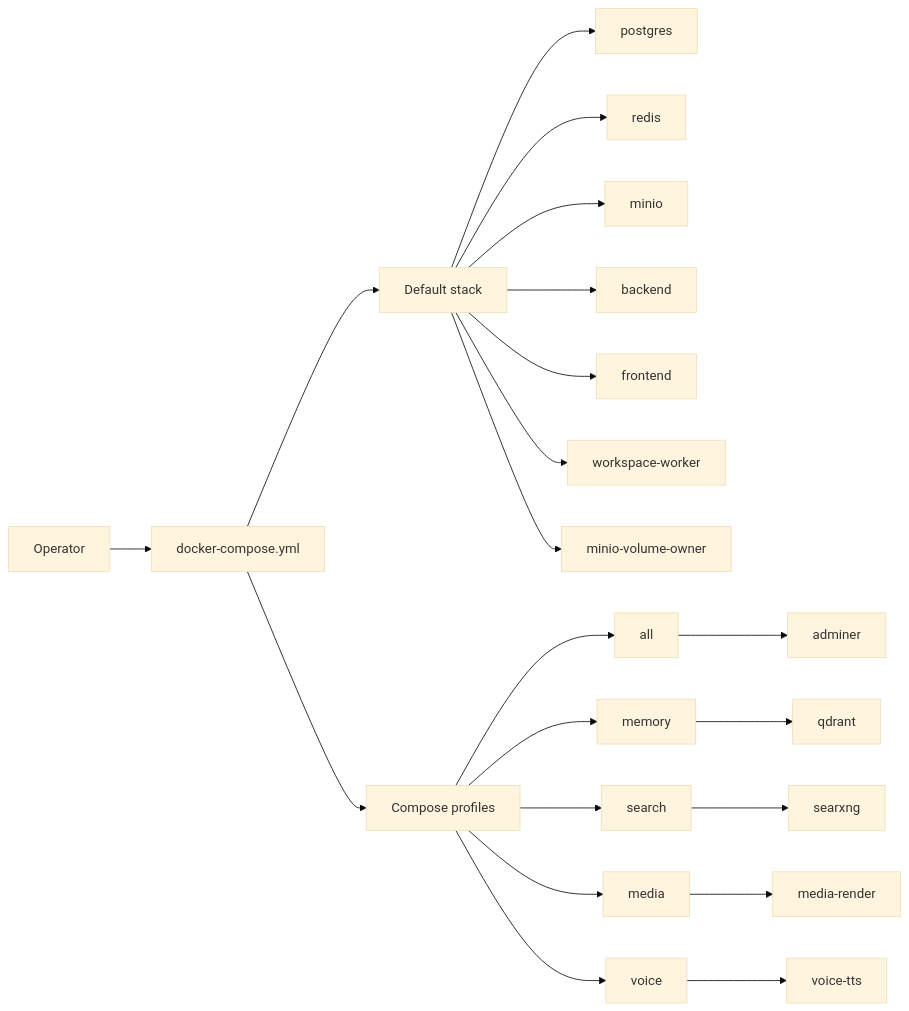
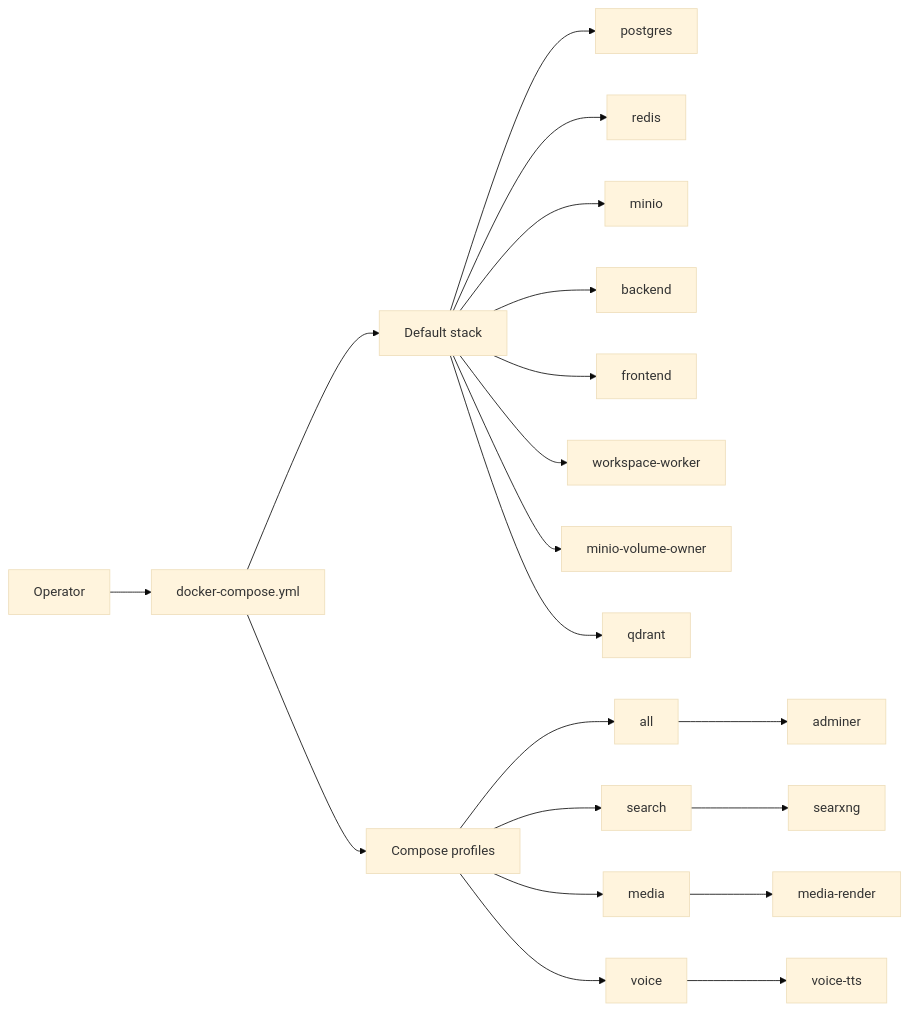
Before and after one commit to AutomatosAI/automatos-ai: the first of 2 diagrams in docs/deployment-infrastructure/docker-compose-environments.md, drawn with Mermaid (base theme). The commit also changed other lines of this file and 61 other files, not shown here.

````diff
--- a/docs/deployment-infrastructure/docker-compose-environments.md
+++ b/docs/deployment-infrastructure/docker-compose-environments.md
@@ -69,23 +69,22 @@
 ```mermaid
 flowchart LR
     Operator["Operator"] --> Compose["docker-compose.yml"]
     Compose --> Default["Default stack"]
     Default --> Postgres["postgres"]
     Default --> Redis["redis"]
     Default --> Minio["minio"]
     Default --> Backend["backend"]
     Default --> Frontend["frontend"]
     Default --> Worker["workspace-worker"]
     Default --> Owner["minio-volume-owner"]
+    Default --> Qdrant["qdrant"]
     Compose --> Profiles["Compose profiles"]
     Profiles --> All["all"]
-    Profiles --> Memory["memory"]
     Profiles --> Search["search"]
     Profiles --> Media["media"]
     Profiles --> Voice["voice"]
     All --> Adminer["adminer"]
-    Memory --> Qdrant["qdrant"]
     Search --> Searxng["searxng"]
     Media --> MediaRender["media-render"]
     Voice --> VoiceTts["voice-tts"]
 ```
````
